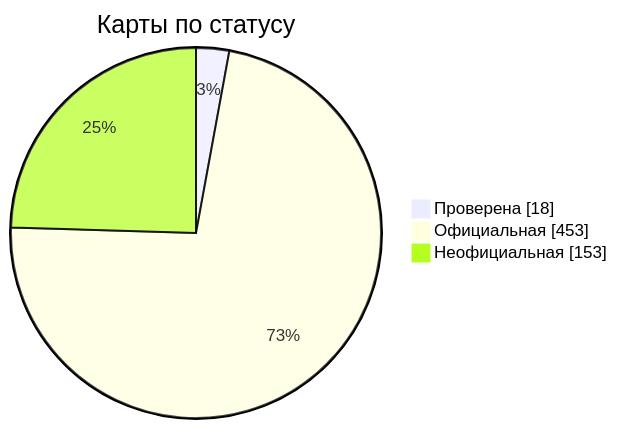
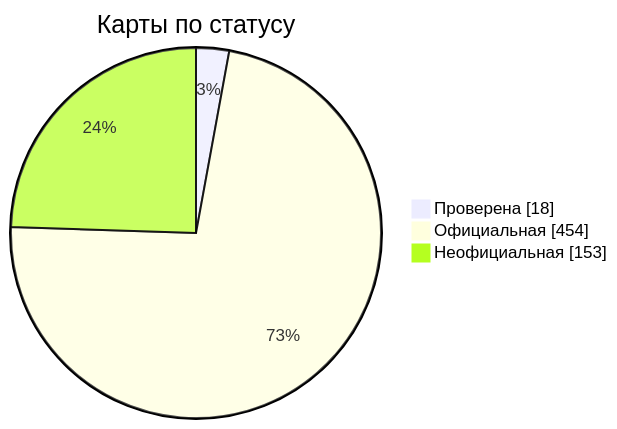
Before and after one commit to nobrega8/mbmap-library: the diagram in docs/readme/README_RU.md, drawn with Mermaid. The commit also changed 6 other files, not shown here.

````diff
--- a/docs/readme/README_RU.md
+++ b/docs/readme/README_RU.md
@@ -54,7 +54,7 @@
 ```mermaid
 pie showData
     title Карты по статусу
     "Проверена" : 18
-    "Официальная" : 453
+    "Официальная" : 454
     "Неофициальная" : 153
 ```
````
